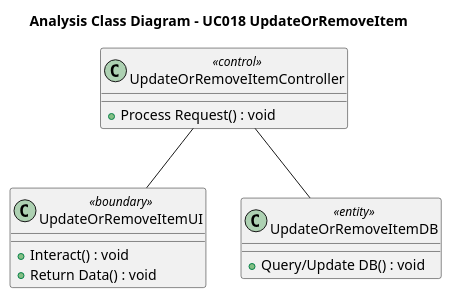
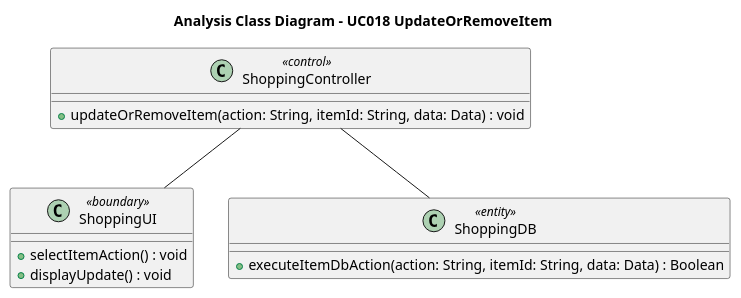
Before and after one commit to Alt2210/NaviMart: the diagram in diagrams/Module_3_ShoppingList/UC018_Cập_nhật_và_Xóa_mặt_hàng_Analysis.puml, drawn with PlantUML. The commit also changed 63 other files, not shown here.

```diff
--- a/diagrams/Module_3_ShoppingList/UC018_Cập_nhật_và_Xóa_mặt_hàng_Analysis.puml
+++ b/diagrams/Module_3_ShoppingList/UC018_Cập_nhật_và_Xóa_mặt_hàng_Analysis.puml
@@ -1,17 +1,17 @@
 @startuml
 title Analysis Class Diagram - UC018 UpdateOrRemoveItem
 
-class "UpdateOrRemoveItemUI" as UI <<boundary>> {
-  + Interact() : void
-  + Return Data() : void
+class "ShoppingUI" as UI <<boundary>> {
+  + selectItemAction() : void
+  + displayUpdate() : void
 }
-class "UpdateOrRemoveItemController" as Controller <<control>> {
-  + Process Request() : void
+class "ShoppingController" as Controller <<control>> {
+  + updateOrRemoveItem(action: String, itemId: String, data: Data) : void
 }
-class "UpdateOrRemoveItemDB" as Entity <<entity>> {
-  + Query/Update DB() : void
+class "ShoppingDB" as Entity <<entity>> {
+  + executeItemDbAction(action: String, itemId: String, data: Data) : Boolean
 }
 
 Controller -- UI
 Controller -- Entity
 @enduml
```
